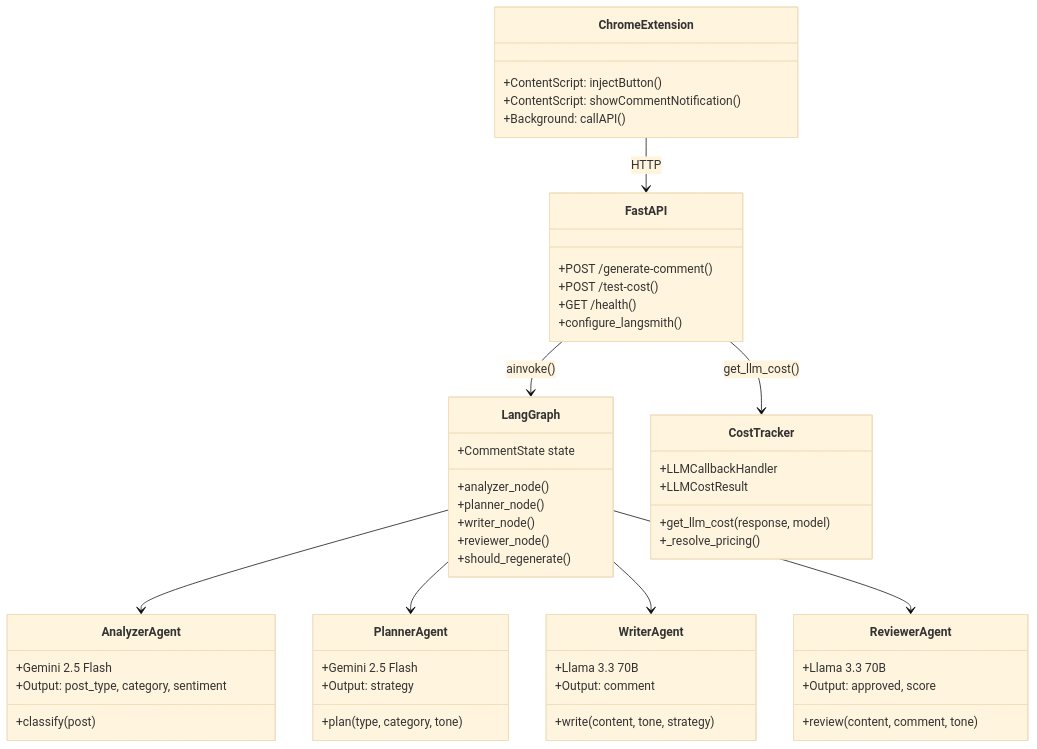
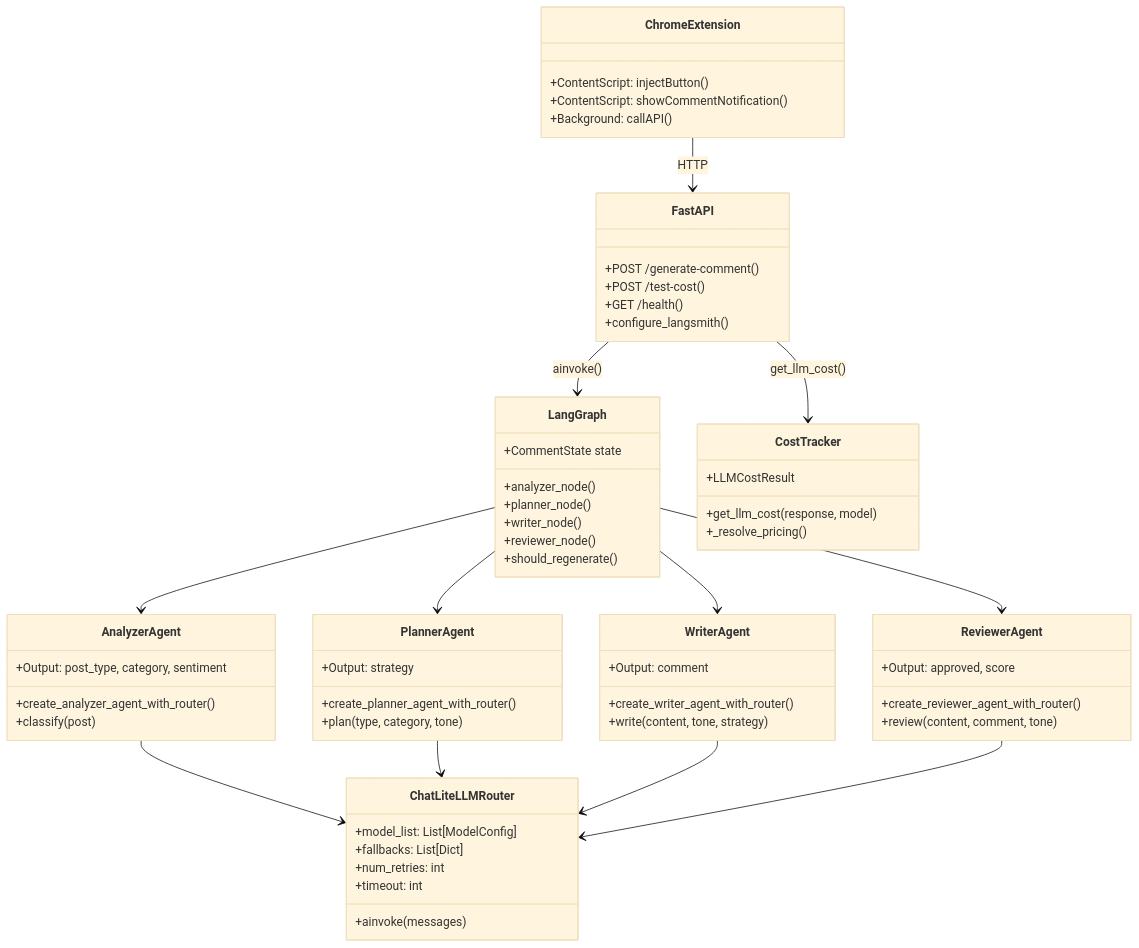
The third of 10 diagrams in doc/ARCHITECTURE.md (himanshu231204/linkedin-ai-comment-copilot), drawn with Mermaid (base theme) before and after one commit. The commit also changed other lines of this file and 4 other files, not shown here.

First line of the commit message:
docs: update all documentation to reflect ChatLiteLLMRouter, Groq primary, and Render deployment

````diff
--- a/doc/ARCHITECTURE.md
+++ b/doc/ARCHITECTURE.md
@@ -110,63 +123,74 @@
 ```mermaid
 classDiagram
     class ChromeExtension {
         +ContentScript: injectButton()
         +ContentScript: showCommentNotification()
         +Background: callAPI()
     }
 
     class FastAPI {
         +POST /generate-comment()
         +POST /test-cost()
         +GET /health()
         +configure_langsmith()
     }
 
     class LangGraph {
         +CommentState state
         +analyzer_node()
         +planner_node()
         +writer_node()
         +reviewer_node()
         +should_regenerate()
     }
 
+    class ChatLiteLLMRouter {
+        +model_list: List[ModelConfig]
+        +fallbacks: List[Dict]
+        +num_retries: int
+        +timeout: int
+        +ainvoke(messages)
+    }
+
     class CostTracker {
         +get_llm_cost(response, model)
-        +LLMCallbackHandler
         +LLMCostResult
         +_resolve_pricing()
     }
 
     class AnalyzerAgent {
-        +Gemini 2.5 Flash
+        +create_analyzer_agent_with_router()
         +classify(post)
         +Output: post_type, category, sentiment
     }
 
     class PlannerAgent {
-        +Gemini 2.5 Flash
+        +create_planner_agent_with_router()
         +plan(type, category, tone)
         +Output: strategy
     }
 
     class WriterAgent {
-        +Llama 3.3 70B
+        +create_writer_agent_with_router()
         +write(content, tone, strategy)
         +Output: comment
     }
 
     class ReviewerAgent {
-        +Llama 3.3 70B
+        +create_reviewer_agent_with_router()
         +review(content, comment, tone)
         +Output: approved, score
     }
 
     ChromeExtension --> FastAPI : HTTP
     FastAPI --> LangGraph : ainvoke()
     FastAPI --> CostTracker : get_llm_cost()
     LangGraph --> AnalyzerAgent
     LangGraph --> PlannerAgent
     LangGraph --> WriterAgent
     LangGraph --> ReviewerAgent
+    AnalyzerAgent --> ChatLiteLLMRouter
+    PlannerAgent --> ChatLiteLLMRouter
+    WriterAgent --> ChatLiteLLMRouter
+    ReviewerAgent --> ChatLiteLLMRouter
 ```
````
